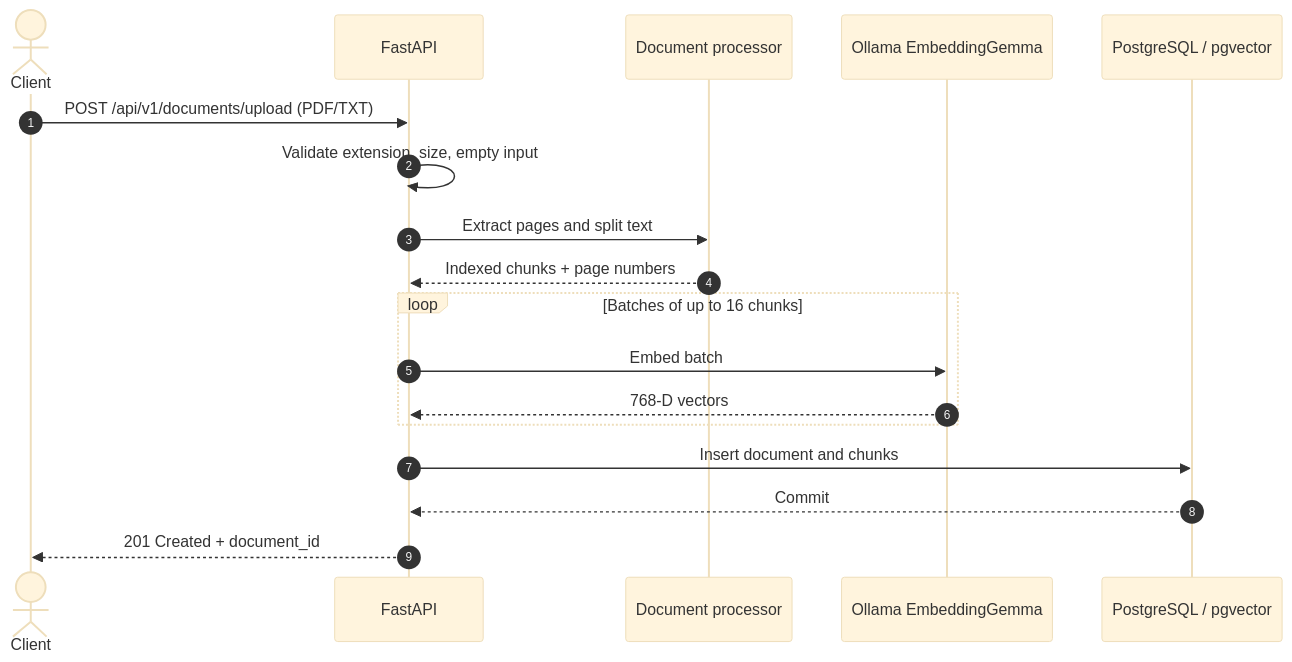
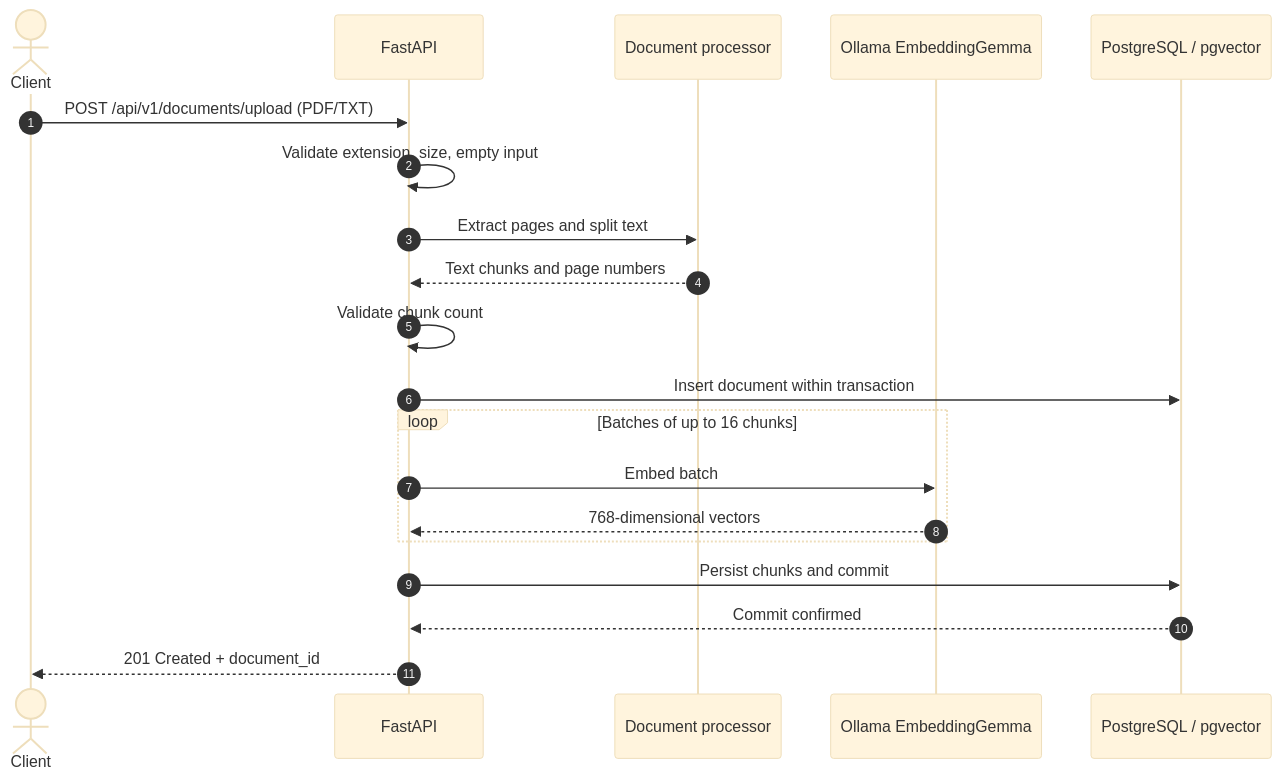
Before and after one commit to hidayatarg/enterprise-rag: the third of 9 diagrams in readme.md, drawn with Mermaid (base theme). The commit also changed other lines of this file, not shown here.

````diff
--- a/readme.md
+++ b/readme.md
@@ -142,20 +148,22 @@
 ```mermaid
 sequenceDiagram
     autonumber
     actor Client
     participant API as FastAPI
     participant P as Document processor
     participant O as Ollama EmbeddingGemma
     participant DB as PostgreSQL / pgvector
     Client->>API: POST /api/v1/documents/upload (PDF/TXT)
     API->>API: Validate extension, size, empty input
     API->>P: Extract pages and split text
-    P-->>API: Indexed chunks + page numbers
+    P-->>API: Text chunks and page numbers
+    API->>API: Validate chunk count
+    API->>DB: Insert document within transaction
     loop Batches of up to 16 chunks
         API->>O: Embed batch
-        O-->>API: 768-D vectors
+        O-->>API: 768-dimensional vectors
     end
-    API->>DB: Insert document and chunks
-    DB-->>API: Commit
+    API->>DB: Persist chunks and commit
+    DB-->>API: Commit confirmed
     API-->>Client: 201 Created + document_id
 ```
````
